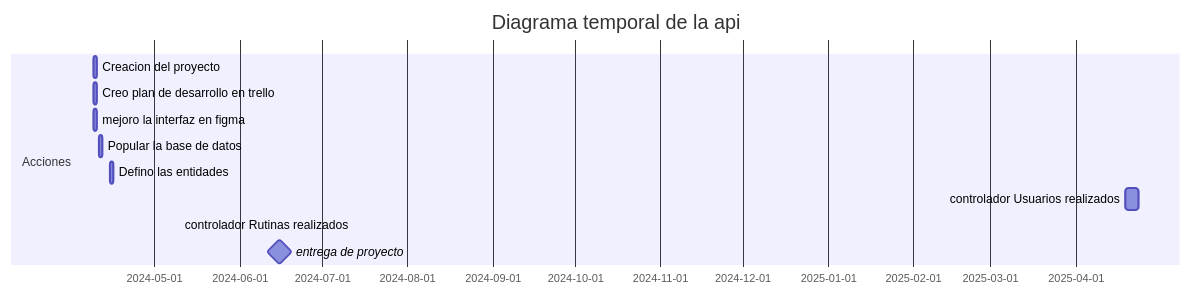
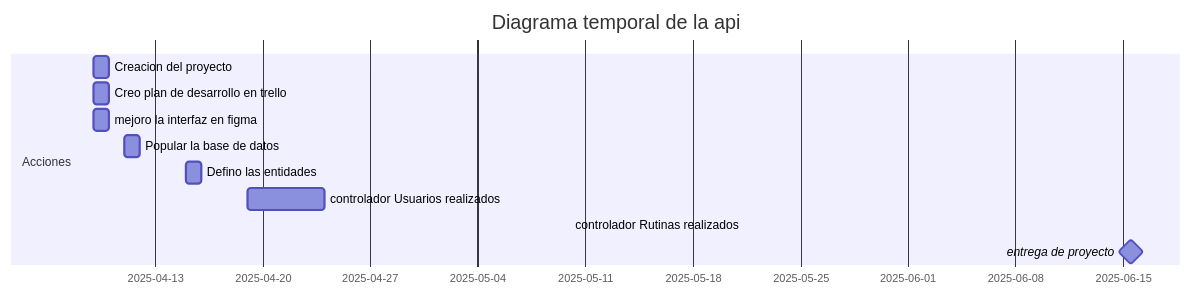
Before and after one commit to dganicolas/RutifyApi: the first of 4 diagrams in readme.md, drawn with Mermaid.

Commit message:
arreglo readme

````diff
--- a/readme.md
+++ b/readme.md
@@ -13,18 +13,18 @@
 ```mermaid
 gantt
 dateFormat  DD-MM-YYYY
 title       Diagrama temporal de la api   
 section Acciones
 
-    Creacion del proyecto: 1, 09-04-2024,1d
+    Creacion del proyecto: 1, 09-04-2025,1d
 
-    Creo plan de desarrollo en trello: 2, 09-04-2024,1d
+    Creo plan de desarrollo en trello: 2, 09-04-2025,1d
 
-    mejoro la interfaz en figma: 3, 09-04-2024,1d
-    Popular la base de datos : 4, 11-04-2024,1d
-    Defino las entidades: 5, 15-04-2024,1d
+    mejoro la interfaz en figma: 3, 09-04-2025,1d
+    Popular la base de datos : 4, 11-04-2025,1d
+    Defino las entidades: 5, 15-04-2025,1d
     controlador Usuarios realizados: 6, 19-04-2025, 5d
-    controlador Rutinas realizados: 7, 10-05-2024,1
-    entrega de proyecto: milestone, final, 15-06-2024,1d
+    controlador Rutinas realizados: 7, 10-05-2025,1
+    entrega de proyecto: milestone, final, 15-06-2025,1d
 section errores encontrados
 ```
````
